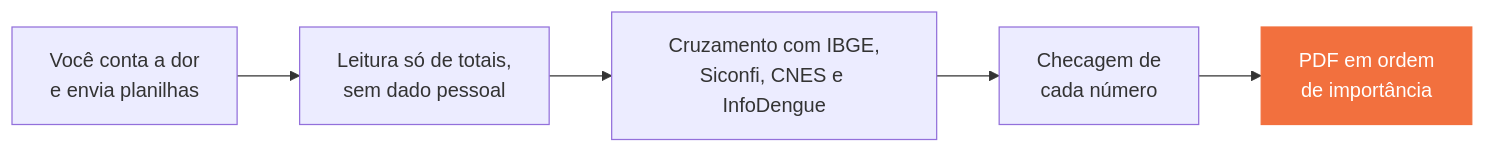
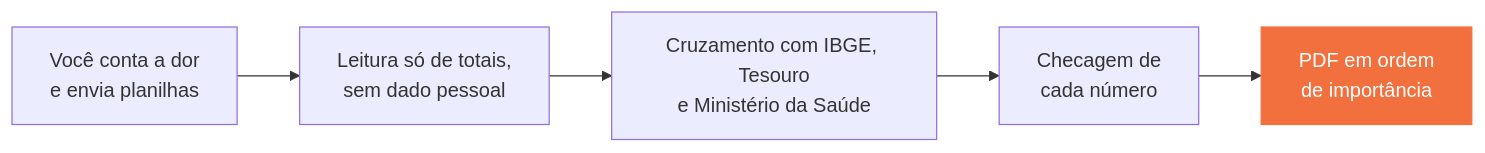
One commit to guilhermefaj/improve-saude changed the diagram in README.md. Above: the diagram before and after it, drawn with Mermaid. The commit also changed other lines of this file and 9 other files, not shown here.

````diff
--- a/README.md
+++ b/README.md
@@ -36,9 +36,9 @@
 ```mermaid
 flowchart LR
   A["Você conta a dor<br>e envia planilhas"] --> B["Leitura só de totais,<br>sem dado pessoal"]
-  B --> C["Cruzamento com IBGE,<br>Siconfi, CNES e InfoDengue"]
+  B --> C["Cruzamento com IBGE, Tesouro<br>e Ministério da Saúde"]
   C --> D["Checagem de<br>cada número"]
   D --> E["PDF em ordem<br>de importância"]
   classDef fim fill:#F2703E,stroke:#F2703E,color:#fff
   class E fim
 ```
````
